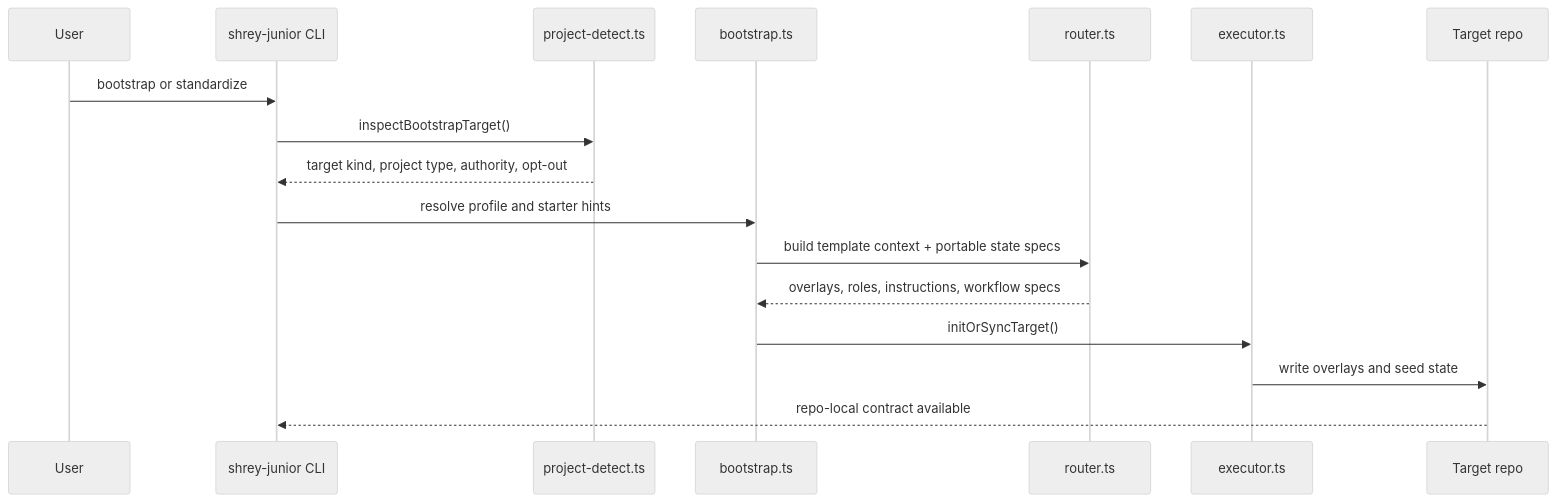
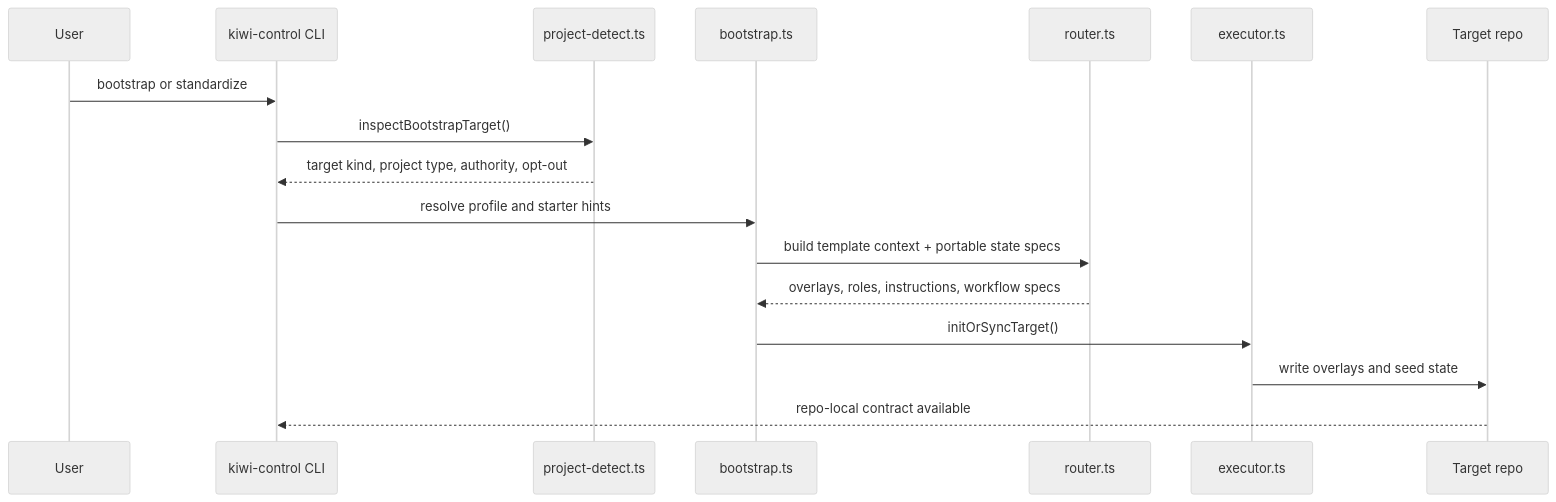
The second of 8 diagrams in docs/technical-architecture.md (sonishrey9/kiwi_control), drawn with Mermaid (neutral theme) before and after one commit. The commit also changed other lines of this file and 96 other files, not shown here.

````diff
--- a/docs/technical-architecture.md
+++ b/docs/technical-architecture.md
@@ -137,20 +137,20 @@
 ```mermaid
 sequenceDiagram
     participant U as User
-    participant CLI as shrey-junior CLI
+    participant CLI as kiwi-control CLI
     participant DET as project-detect.ts
     participant BOOT as bootstrap.ts
     participant ROUTE as router.ts
     participant EXEC as executor.ts
     participant REPO as Target repo
 
     U->>CLI: bootstrap or standardize
     CLI->>DET: inspectBootstrapTarget()
     DET-->>CLI: target kind, project type, authority, opt-out
     CLI->>BOOT: resolve profile and starter hints
     BOOT->>ROUTE: build template context + portable state specs
     ROUTE-->>BOOT: overlays, roles, instructions, workflow specs
     BOOT->>EXEC: initOrSyncTarget()
     EXEC->>REPO: write overlays and seed state
     REPO-->>CLI: repo-local contract available
 ```
````
